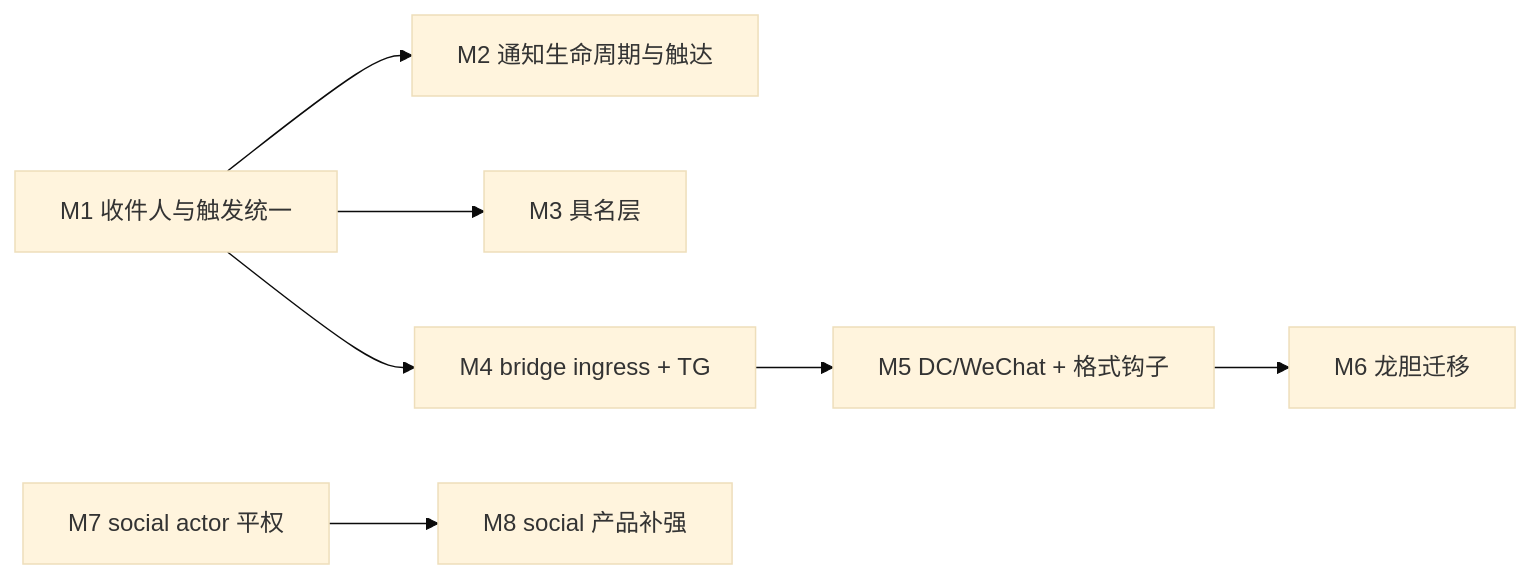
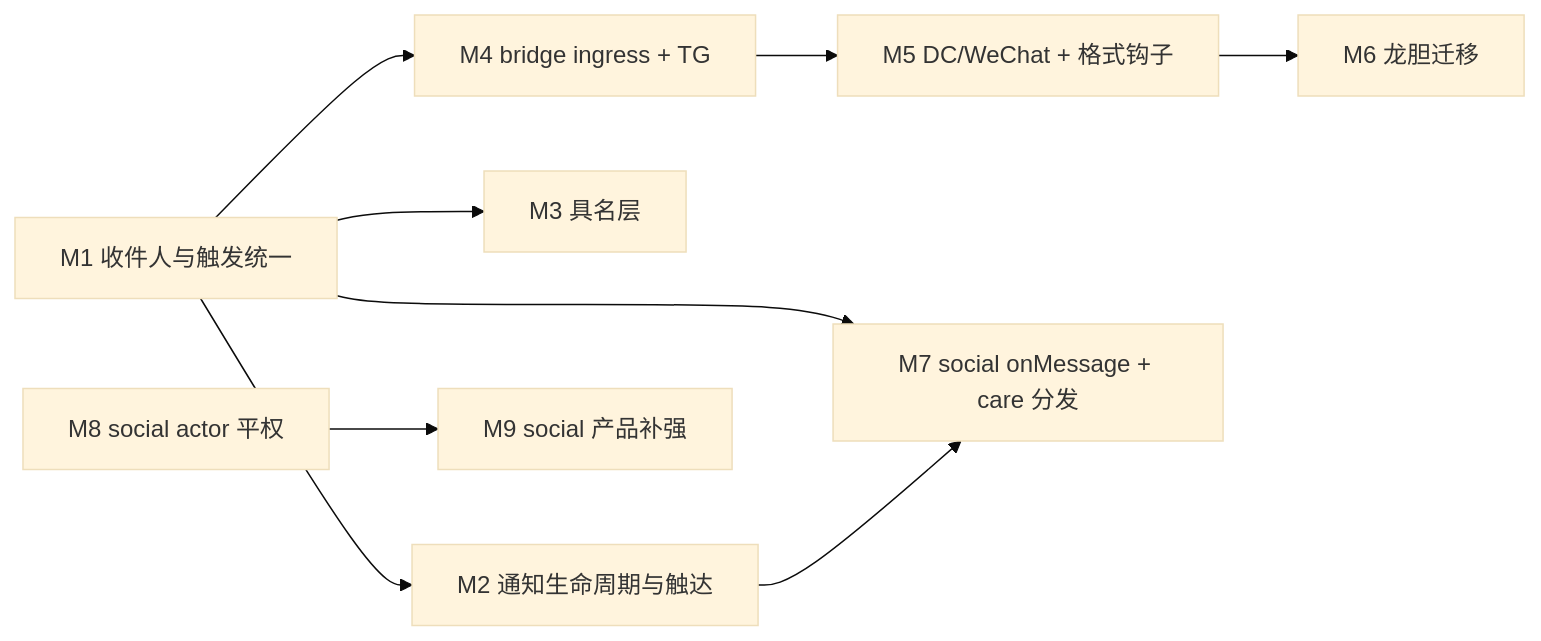
Before and after one commit to steve02081504/fount: the diagram in docs/design/chat-social-dev-plan.md, drawn with Mermaid (base theme). The commit also changed other lines of this file, not shown here.

````diff
--- a/docs/design/chat-social-dev-plan.md
+++ b/docs/design/chat-social-dev-plan.md
@@ -509,10 +694,12 @@
 ```mermaid
 graph LR
   M1[M1 收件人与触发统一] --> M2[M2 通知生命周期与触达]
   M1 --> M3[M3 具名层]
   M1 --> M4[M4 bridge ingress + TG]
   M4 --> M5[M5 DC/WeChat + 格式钩子]
   M5 --> M6[M6 龙胆迁移]
-  M7[M7 social actor 平权]
-  M7 --> M8[M8 social 产品补强]
+  M1 --> M7[M7 social onMessage + care 分发]
+  M2 --> M7
+  M8[M8 social actor 平权]
+  M8 --> M9[M9 social 产品补强]
 ```
````
